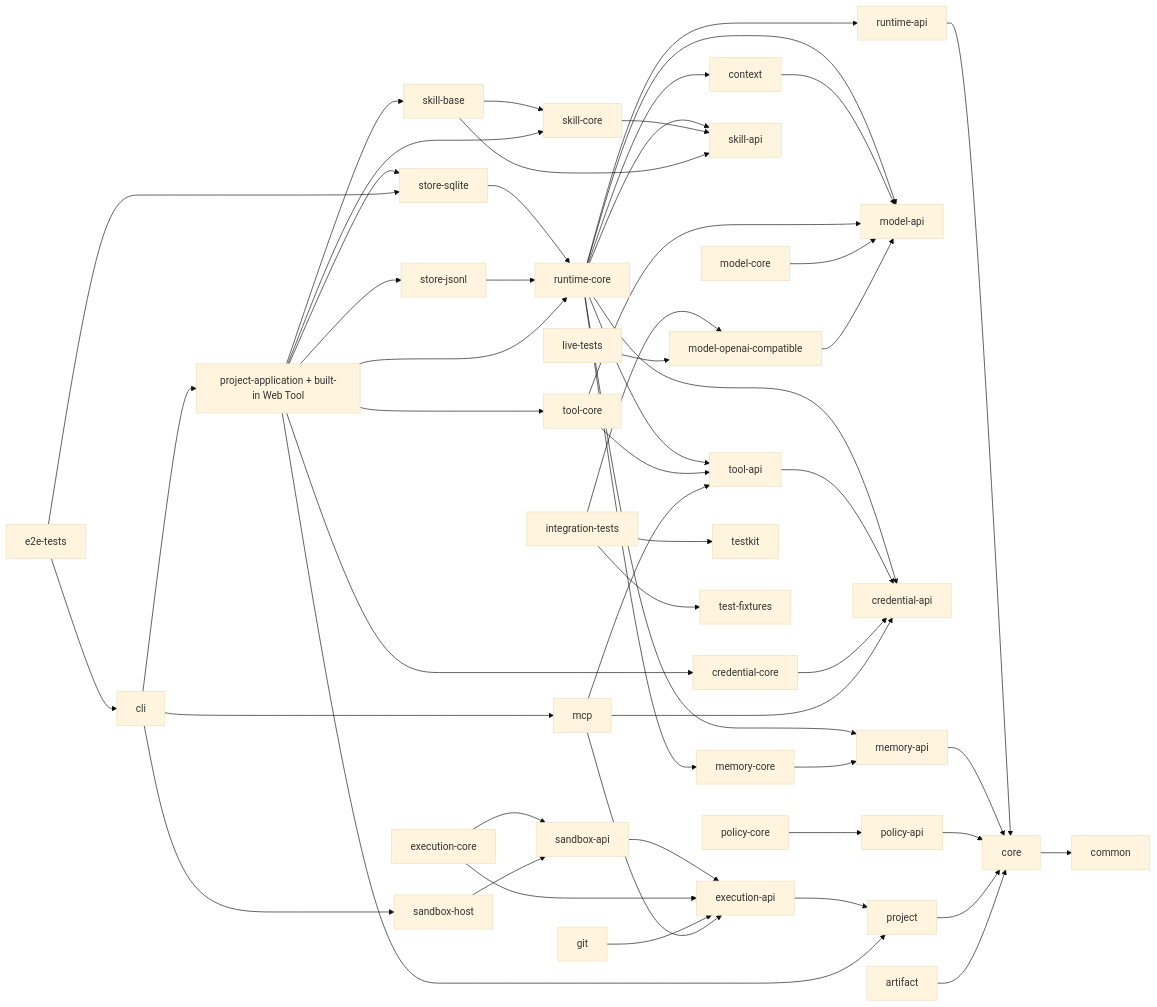
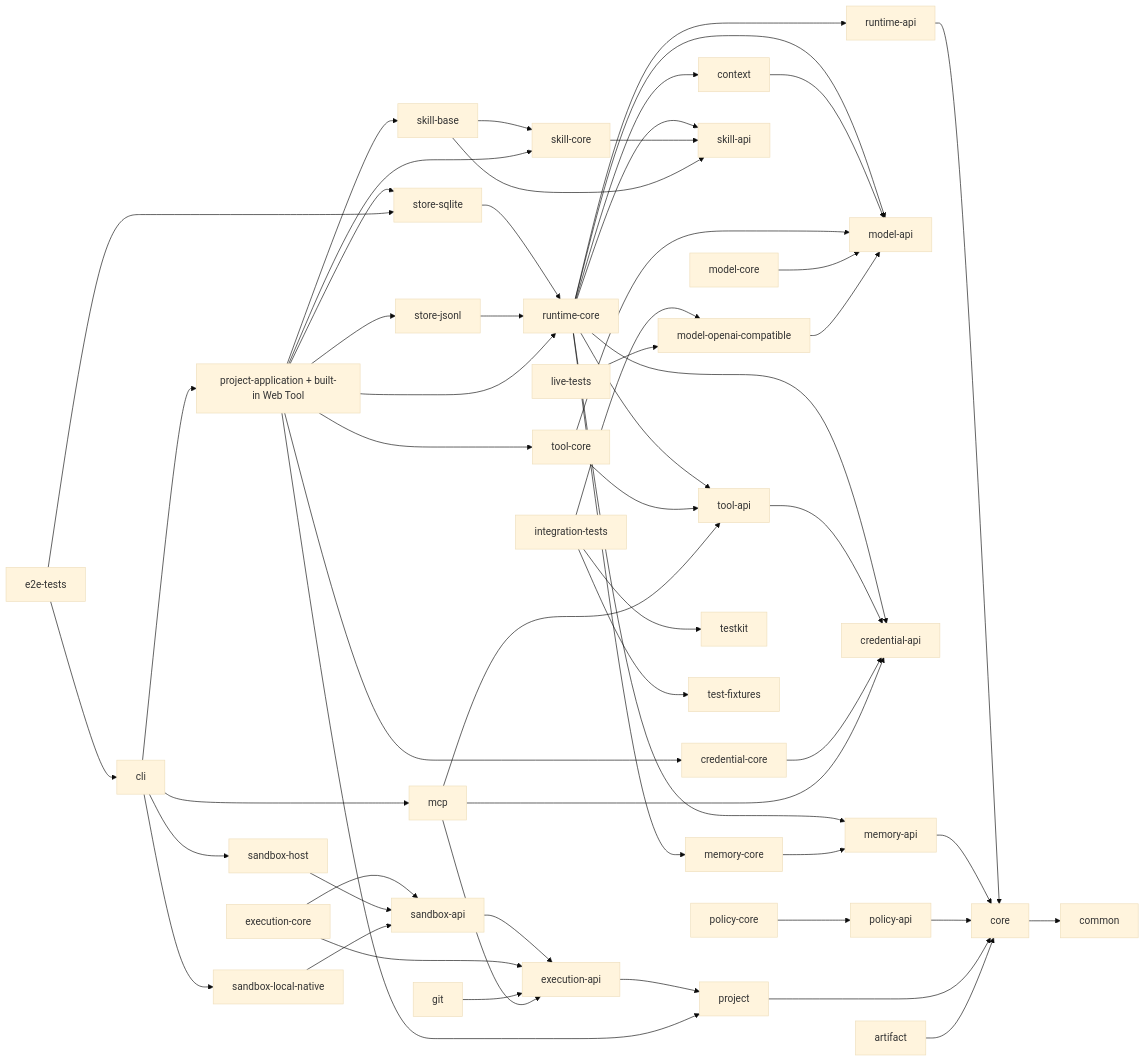
One commit to haifa-agent/haifa-agent changed the diagram in README.md. Above: the diagram before and after it, drawn with Mermaid (base theme). The commit also changed other lines of this file and 68 other files, not shown here.

````diff
--- a/README.md
+++ b/README.md
@@ -80,59 +82,61 @@
 ```mermaid
 flowchart LR
   CORE[core] --> COMMON[common]
   RAPI[runtime-api] --> CORE
   RCORE[runtime-core] --> RAPI
   RCORE --> MAPI[model-api]
   RCORE --> TAPI[tool-api]
   RCORE --> CAPI[credential-api]
   RCORE --> CTX[context]
   RCORE --> MEMAPI[memory-api]
   RCORE --> MEMCORE[memory-core]
   RCORE --> SKAPI[skill-api]
   CTX --> MAPI
   TAPI --> CAPI
   TCORE[tool-core] --> TAPI
   TCORE --> MAPI
   CCORE[credential-core] --> CAPI
   MCORE[model-core] --> MAPI
   MEMAPI --> CORE
   MEMCORE --> MEMAPI
   PAPI[policy-api] --> CORE
   PCORE[policy-core] --> PAPI
   SKCORE[skill-core] --> SKAPI
   SKBASE[skill-base] --> SKAPI
   SKBASE --> SKCORE
   PROJECT[project] --> CORE
   ARTIFACT[artifact] --> CORE
   EAPI[execution-api] --> PROJECT
   SAPI[sandbox-api] --> EAPI
   ECORE[execution-core] --> EAPI
   ECORE --> SAPI
   SHOST[sandbox-host] --> SAPI
+  SLOCAL[sandbox-local-native] --> SAPI
   GIT[git] --> EAPI
   MCP[mcp] --> TAPI
   MCP --> CAPI
   MCP --> EAPI
   OAI[model-openai-compatible] --> MAPI
   SQLITE[store-sqlite] --> RCORE
   JSONL[store-jsonl] --> RCORE
   PAPP[project-application + built-in Web Tool] --> RCORE
   PAPP --> SQLITE
   PAPP --> JSONL
   PAPP --> PROJECT
   PAPP --> TCORE
   PAPP --> CCORE
   PAPP --> SKCORE
   PAPP --> SKBASE
   CLI[cli] --> PAPP
   CLI --> MCP
   CLI --> SHOST
+  CLI --> SLOCAL
   TESTKIT[testkit]
   FIXTURES[test-fixtures]
   ITEST[integration-tests] --> TESTKIT
   ITEST --> FIXTURES
   ITEST --> OAI
   LIVETEST[live-tests] --> OAI
   E2ETEST[e2e-tests] --> CLI
   E2ETEST --> SQLITE
 ```
````
